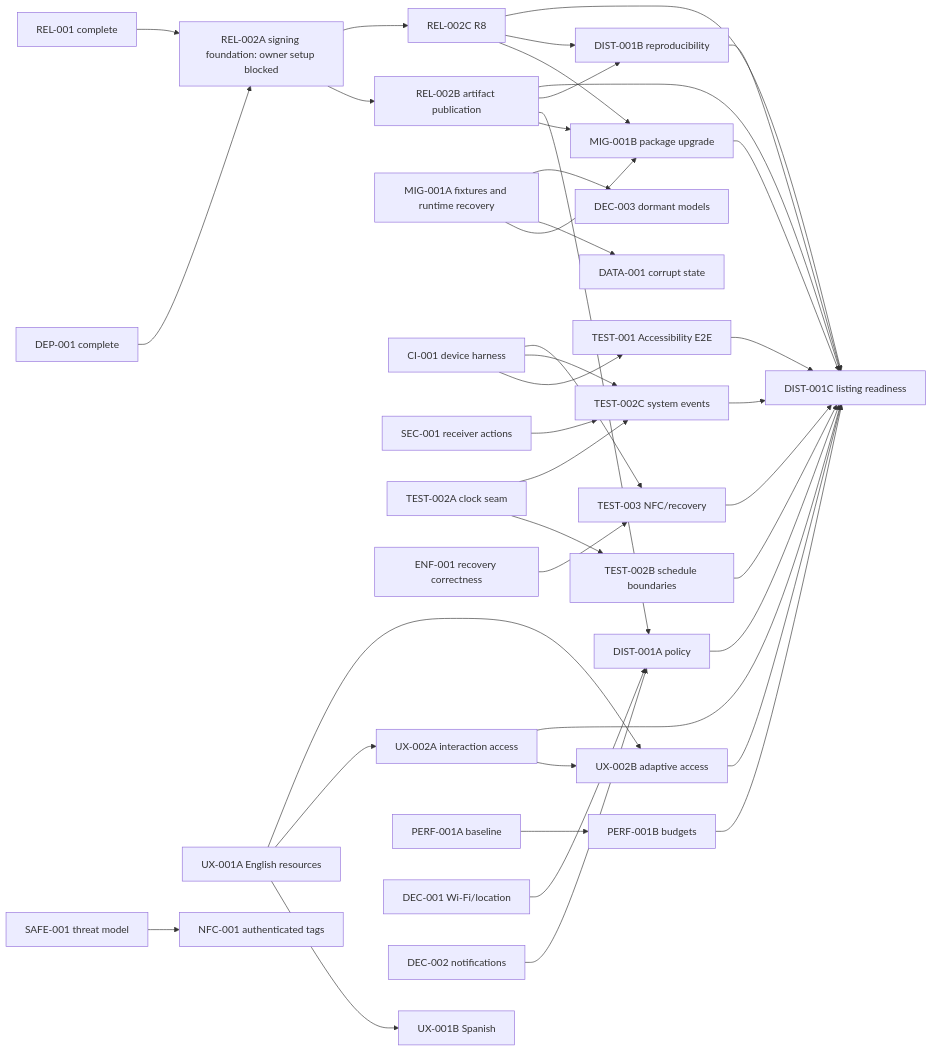
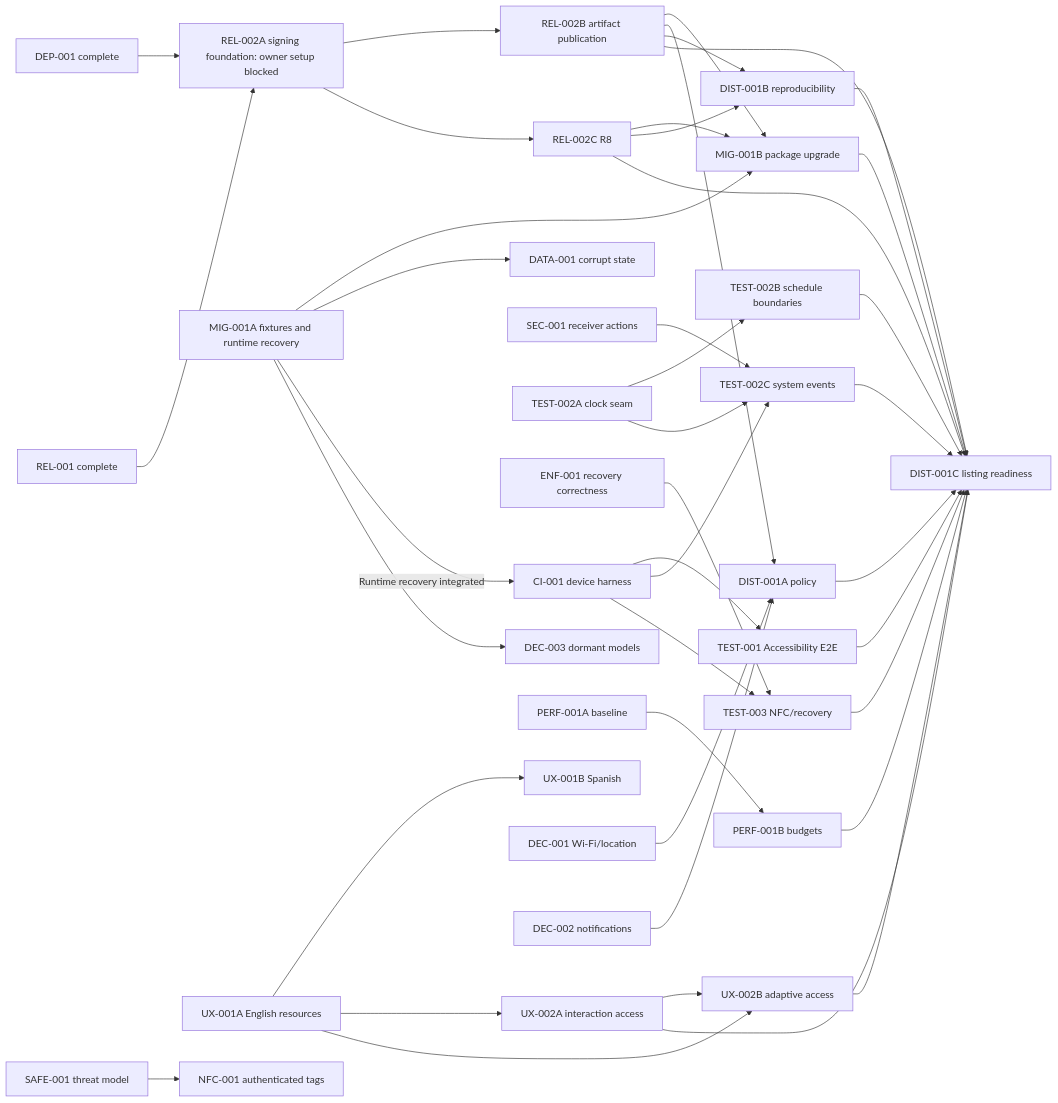
The diagram in docs/ROADMAP.md (mcasillas17/WebSnag), drawn with Mermaid before and after one commit. The commit also changed other lines of this file and 8 other files, not shown here.

````diff
--- a/docs/ROADMAP.md
+++ b/docs/ROADMAP.md
@@ -196,47 +195,48 @@
 ```mermaid
 flowchart LR
     DEP001["DEP-001 complete"] --> REL002A["REL-002A signing foundation: owner setup blocked"]
     REL001["REL-001 complete"] --> REL002A
     REL002A --> REL002B["REL-002B artifact publication"]
     REL002A --> REL002C["REL-002C R8"]
     REL002B --> MIG001B["MIG-001B package upgrade"]
     REL002C --> MIG001B
     MIG001A["MIG-001A fixtures and runtime recovery"] --> MIG001B
     MIG001A --> DATA001["DATA-001 corrupt state"]
 
     CI001["CI-001 device harness"] --> TEST001["TEST-001 Accessibility E2E"]
+    MIG001A -->|"Runtime recovery integrated"| CI001
     CI001 --> TEST002C["TEST-002C system events"]
     CI001 --> TEST003["TEST-003 NFC/recovery"]
     SEC001["SEC-001 receiver actions"] --> TEST002C
     TEST002A["TEST-002A clock seam"] --> TEST002B["TEST-002B schedule boundaries"]
     TEST002A --> TEST002C
     ENF001["ENF-001 recovery correctness"] --> TEST003
 
     UX001A["UX-001A English resources"] --> UX001B["UX-001B Spanish"]
     UX001A --> UX002A["UX-002A interaction access"]
     UX001A --> UX002B["UX-002B adaptive access"]
     UX002A --> UX002B
     PERF001A["PERF-001A baseline"] --> PERF001B["PERF-001B budgets"]
     MIG001A --> DEC003["DEC-003 dormant models"]
 
     DEC001["DEC-001 Wi-Fi/location"] --> DIST001A["DIST-001A policy"]
     DEC002["DEC-002 notifications"] --> DIST001A
     REL002B --> DIST001A
     REL002B --> DIST001B["DIST-001B reproducibility"]
     REL002C --> DIST001B
 
     REL002B --> DIST001C["DIST-001C listing readiness"]
     REL002C --> DIST001C
     MIG001B --> DIST001C
     TEST001 --> DIST001C
     TEST002B --> DIST001C
     TEST002C --> DIST001C
     TEST003 --> DIST001C
     UX002A --> DIST001C
     UX002B --> DIST001C
     PERF001B --> DIST001C
     DIST001A --> DIST001C
     DIST001B --> DIST001C
 
     SAFE001["SAFE-001 threat model"] --> NFC001["NFC-001 authenticated tags"]
 ```
````
